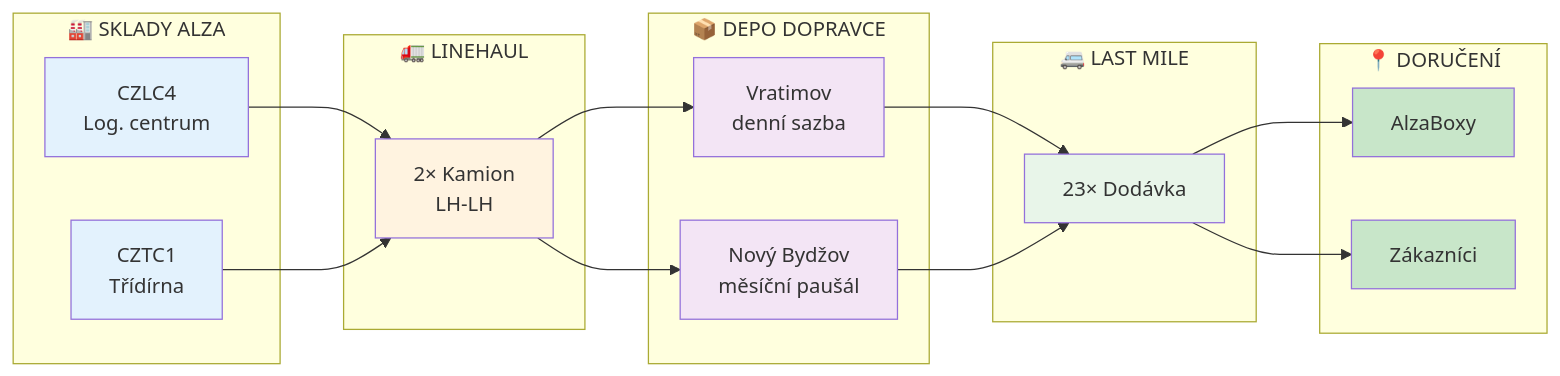
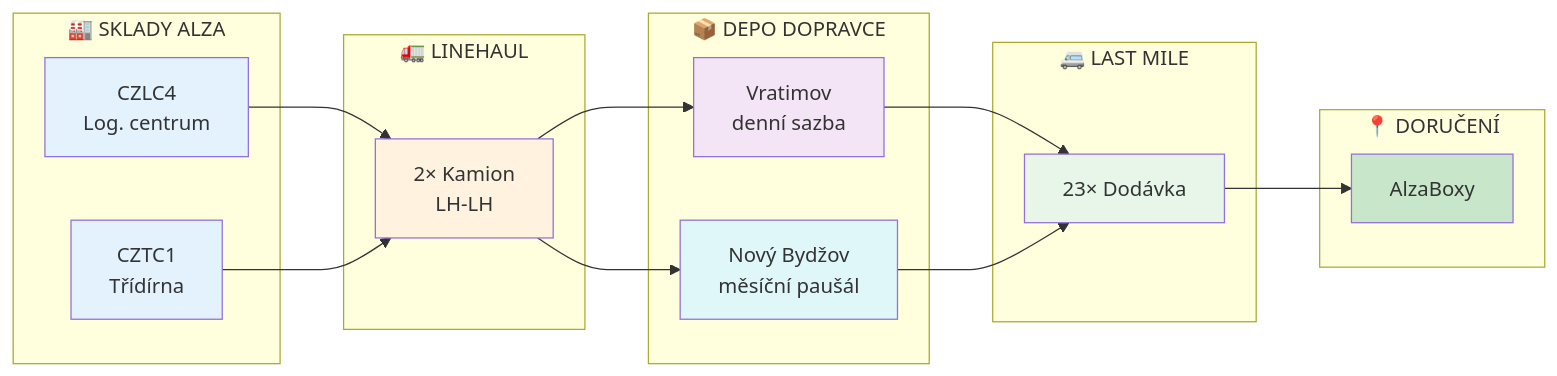
Before and after one commit to JakubKrejcir/alza-cost-control: the third of 11 diagrams in docs/DIAGRAMS_TRANSPORT.md, drawn with Mermaid. The commit also changed other lines of this file and 13 other files, not shown here.

````diff
--- a/docs/DIAGRAMS_TRANSPORT.md
+++ b/docs/DIAGRAMS_TRANSPORT.md
@@ -5,43 +74,40 @@
 ```mermaid
 flowchart LR
     subgraph SKLADY ["🏭 SKLADY ALZA"]
         A[CZLC4<br/>Log. centrum]
         B[CZTC1<br/>Třídírna]
     end
     
     subgraph LINEHAUL ["🚛 LINEHAUL"]
         C[2× Kamion<br/>LH-LH]
     end
     
     subgraph DEPO ["📦 DEPO DOPRAVCE"]
         D[Vratimov<br/>denní sazba]
         E[Nový Bydžov<br/>měsíční paušál]
     end
     
     subgraph LASTMILE ["🚐 LAST MILE"]
         F[23× Dodávka]
     end
     
     subgraph DORUCENI ["📍 DORUČENÍ"]
         G[AlzaBoxy]
-        H[Zákazníci]
     end
     
     A --> C
     B --> C
     C --> D
     C --> E
     D --> F
     E --> F
     F --> G
-    F --> H
     
     style A fill:#e3f2fd
     style B fill:#e3f2fd
     style C fill:#fff3e0
     style D fill:#f3e5f5
-    style E fill:#f3e5f5
+    style E fill:#e0f7fa
     style F fill:#e8f5e9
     style G fill:#c8e6c9
-    style H fill:#c8e6c9
 ```
````
